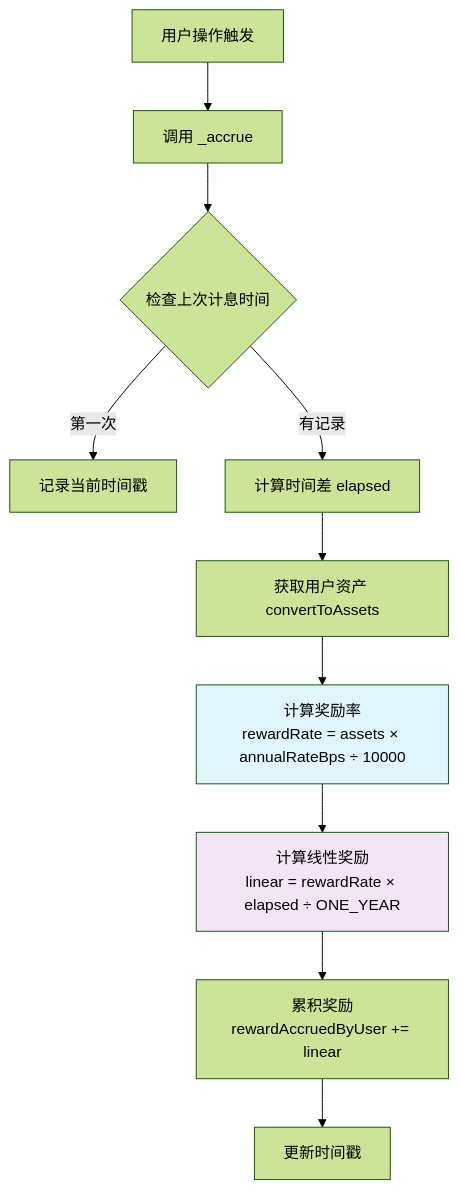
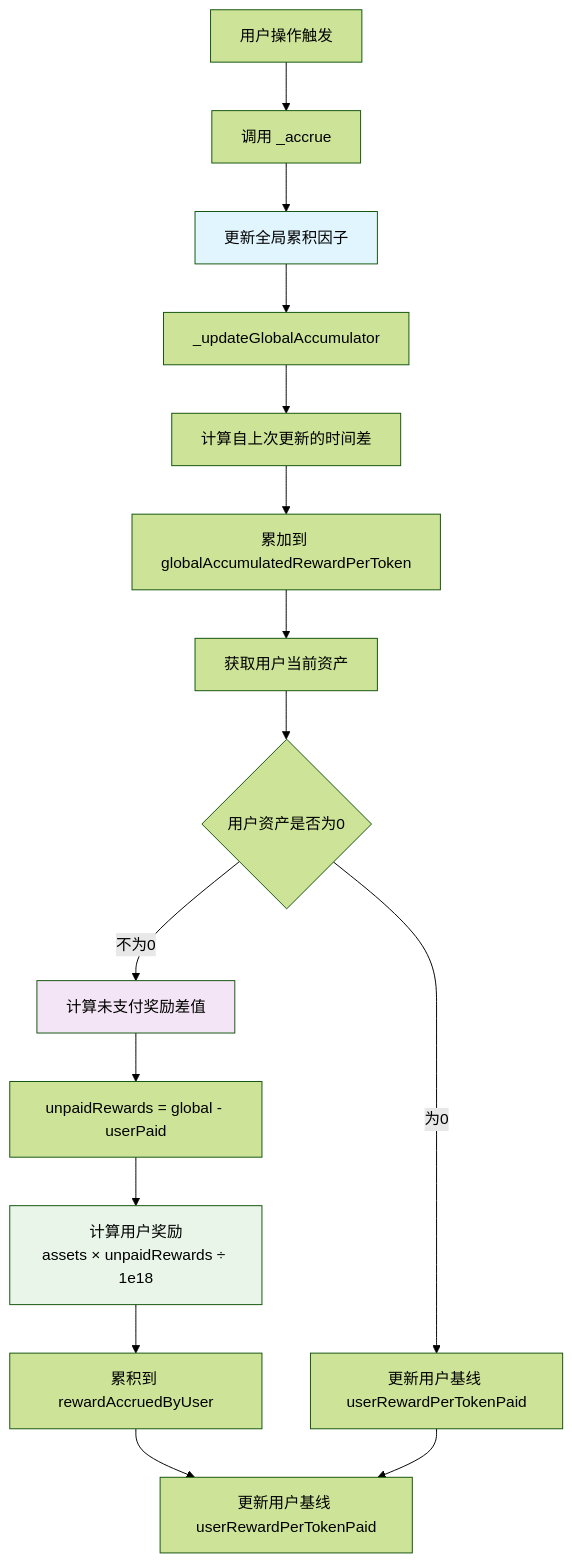
Before and after one commit to RohithVetri/defi-fixed-yield-course: the first of 2 diagrams in docs/lessons/03-vault-contract.md, drawn with Mermaid (forest theme). The commit also changed other lines of this file and 5 other files, not shown here.

````diff
--- a/docs/lessons/03-vault-contract.md
+++ b/docs/lessons/03-vault-contract.md
@@ -67,15 +111,21 @@
 ```mermaid
 flowchart TD
     A[用户操作触发] --> B[调用 _accrue]
-    B --> C{检查上次计息时间}
-    C -->|第一次| D[记录当前时间戳]
-    C -->|有记录| E[计算时间差 elapsed]
-    E --> F[获取用户资产 convertToAssets]
-    F --> G[计算奖励率<br/>rewardRate = assets × annualRateBps ÷ 10000]
-    G --> H[计算线性奖励<br/>linear = rewardRate × elapsed ÷ ONE_YEAR]
-    H --> I[累积奖励<br/>rewardAccruedByUser += linear]
-    I --> J[更新时间戳]
+    B --> C[更新全局累积因子]
+    C --> D[_updateGlobalAccumulator]
+    D --> E[计算自上次更新的时间差]
+    E --> F[累加到 globalAccumulatedRewardPerToken]
+    F --> G[获取用户当前资产]
+    G --> H{用户资产是否为0}
+    H -->|为0| I[更新用户基线 userRewardPerTokenPaid]
+    H -->|不为0| J[计算未支付奖励差值]
+    J --> K[unpaidRewards = global - userPaid]
+    K --> L[计算用户奖励<br/>assets × unpaidRewards ÷ 1e18]
+    L --> M[累积到 rewardAccruedByUser]
+    M --> N[更新用户基线 userRewardPerTokenPaid]
+    I --> N
     
-    style G fill:#e1f5fe
-    style H fill:#f3e5f5
+    style C fill:#e1f5fe
+    style J fill:#f3e5f5
+    style L fill:#e8f5e8
 ```
````
